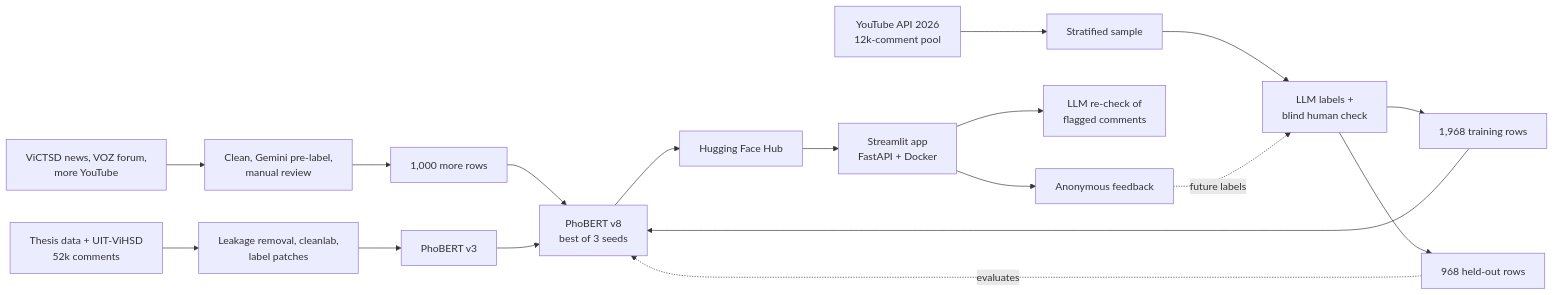
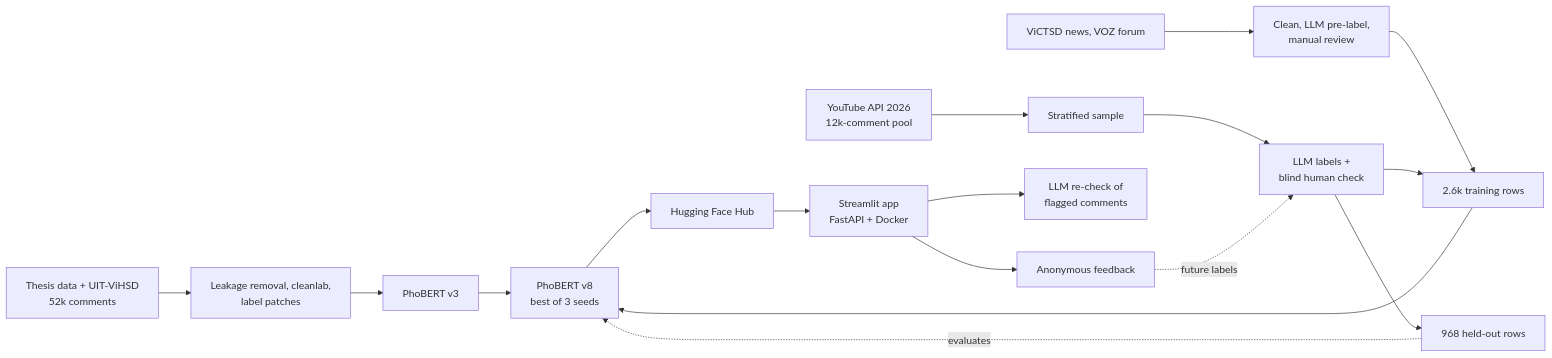
The diagram in README.md (Harukaru1/vietnamese-toxic-comment-moderation), drawn with Mermaid before and after one commit. The commit also changed other lines of this file and 21 other files, not shown here.

````diff
--- a/README.md
+++ b/README.md
@@ -139,12 +85,12 @@
 ```mermaid
 flowchart LR
     A[Thesis data + UIT-ViHSD<br/>52k comments] --> B[Leakage removal, cleanlab,<br/>label patches] --> M3[PhoBERT v3]
     Y[YouTube API 2026<br/>12k-comment pool] --> S[Stratified sample] --> L[LLM labels +<br/>blind human check]
-    L --> TR[1,968 training rows] --> M8[PhoBERT v8<br/>best of 3 seeds]
-    X[ViCTSD news, VOZ forum,<br/>more YouTube] --> C[Clean, Gemini pre-label,<br/>manual review] --> E[1,000 more rows] --> M8
+    X[ViCTSD news, VOZ forum] --> C[Clean, LLM pre-label,<br/>manual review] --> TR
+    L --> TR[2.6k training rows] --> M8[PhoBERT v8<br/>best of 3 seeds]
     M3 --> M8
     L --> TE[968 held-out rows] -.evaluates.-> M8
     M8 --> H[Hugging Face Hub] --> APP[Streamlit app<br/>FastAPI + Docker]
     APP --> G[LLM re-check of<br/>flagged comments]
     APP --> F[Anonymous feedback] -.future labels.-> L
 ```
````
